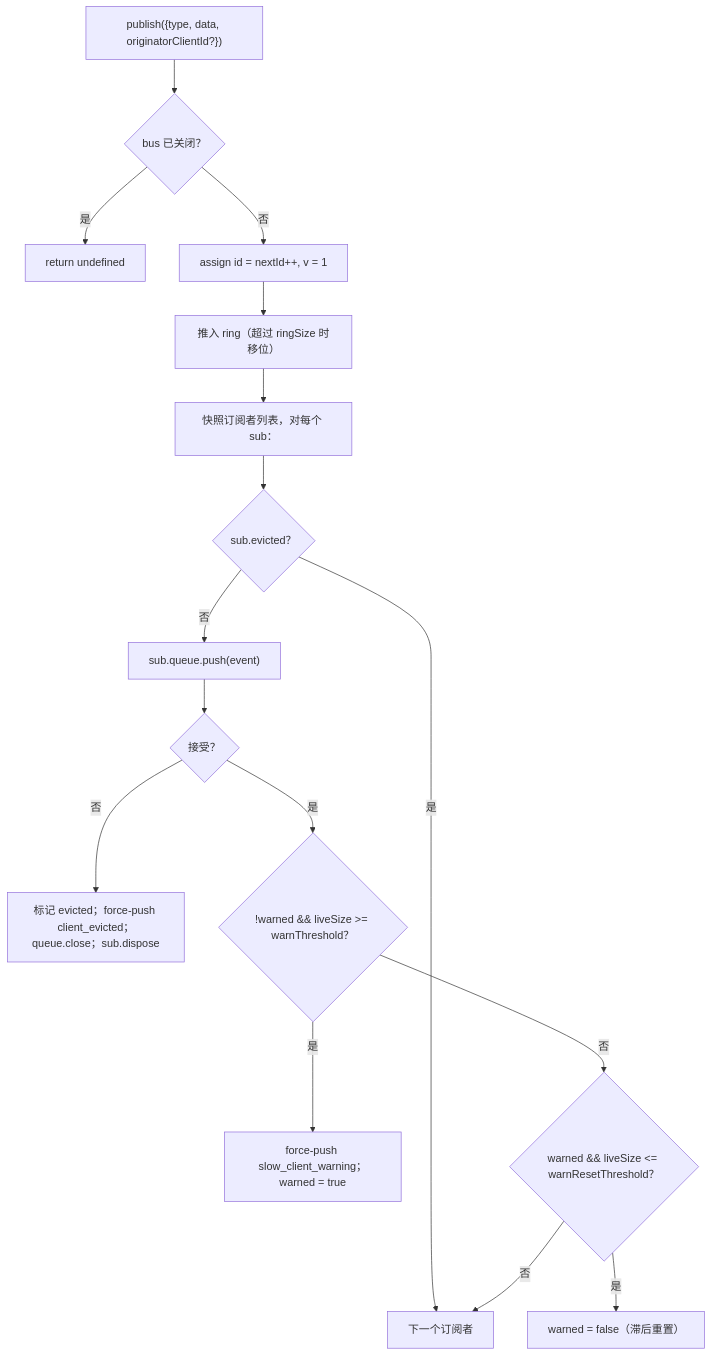
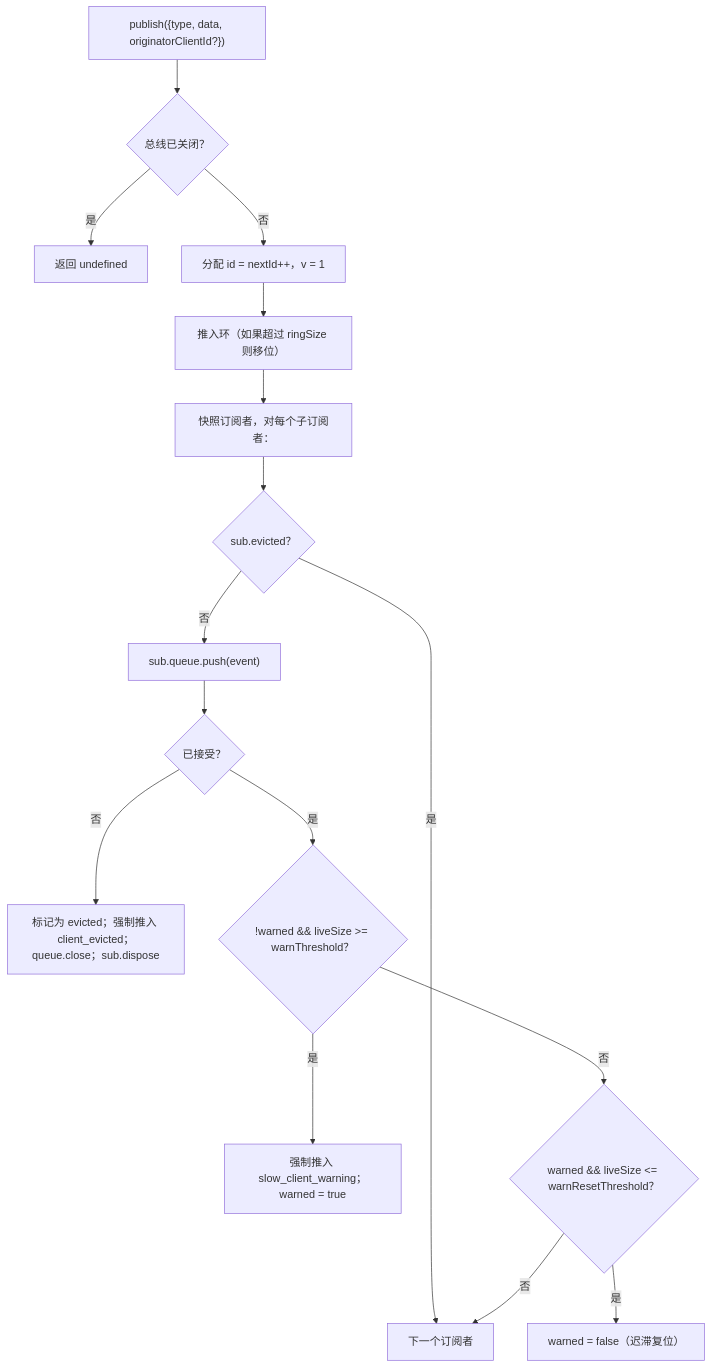
Before and after one commit to QwenLM/qwen-code-docs: the first of 2 diagrams in website/content/zh/developers/daemon/10-event-bus.md, drawn with Mermaid. The commit also changed other lines of this file and 1077 other files, not shown here.

````diff
--- a/website/content/zh/developers/daemon/10-event-bus.md
+++ b/website/content/zh/developers/daemon/10-event-bus.md
@@ -69,18 +69,18 @@
 ```mermaid
 flowchart TD
-    P["publish({type, data, originatorClientId?})"] --> C{"bus 已关闭？"}
-    C -->|是| RU["return undefined"]
-    C -->|否| AID["assign id = nextId++, v = 1"]
-    AID --> PR["推入 ring（超过 ringSize 时移位）"]
-    PR --> FAN["快照订阅者列表，对每个 sub："]
+    P["publish({type, data, originatorClientId?})"] --> C{"总线已关闭？"}
+    C -->|是| RU["返回 undefined"]
+    C -->|否| AID["分配 id = nextId++，v = 1"]
+    AID --> PR["推入环（如果超过 ringSize 则移位）"]
+    PR --> FAN["快照订阅者，对每个子订阅者："]
     FAN --> EVCK{"sub.evicted？"}
     EVCK -->|是| NEXT[下一个订阅者]
     EVCK -->|否| PUSH["sub.queue.push(event)"]
-    PUSH --> OK{"接受？"}
-    OK -->|否| EVICT["标记 evicted；force-push client_evicted；queue.close；sub.dispose"]
+    PUSH --> OK{"已接受？"}
+    OK -->|否| EVICT["标记为 evicted；强制推入 client_evicted；queue.close；sub.dispose"]
     OK -->|是| WARN{"!warned && liveSize >= warnThreshold？"}
-    WARN -->|是| FW["force-push slow_client_warning；warned = true"]
+    WARN -->|是| FW["强制推入 slow_client_warning；warned = true"]
     WARN -->|否| RES{"warned && liveSize <= warnResetThreshold？"}
-    RES -->|是| RA["warned = false（滞后重置）"]
+    RES -->|是| RA["warned = false（迟滞复位）"]
     RES -->|否| NEXT
 ```
````
